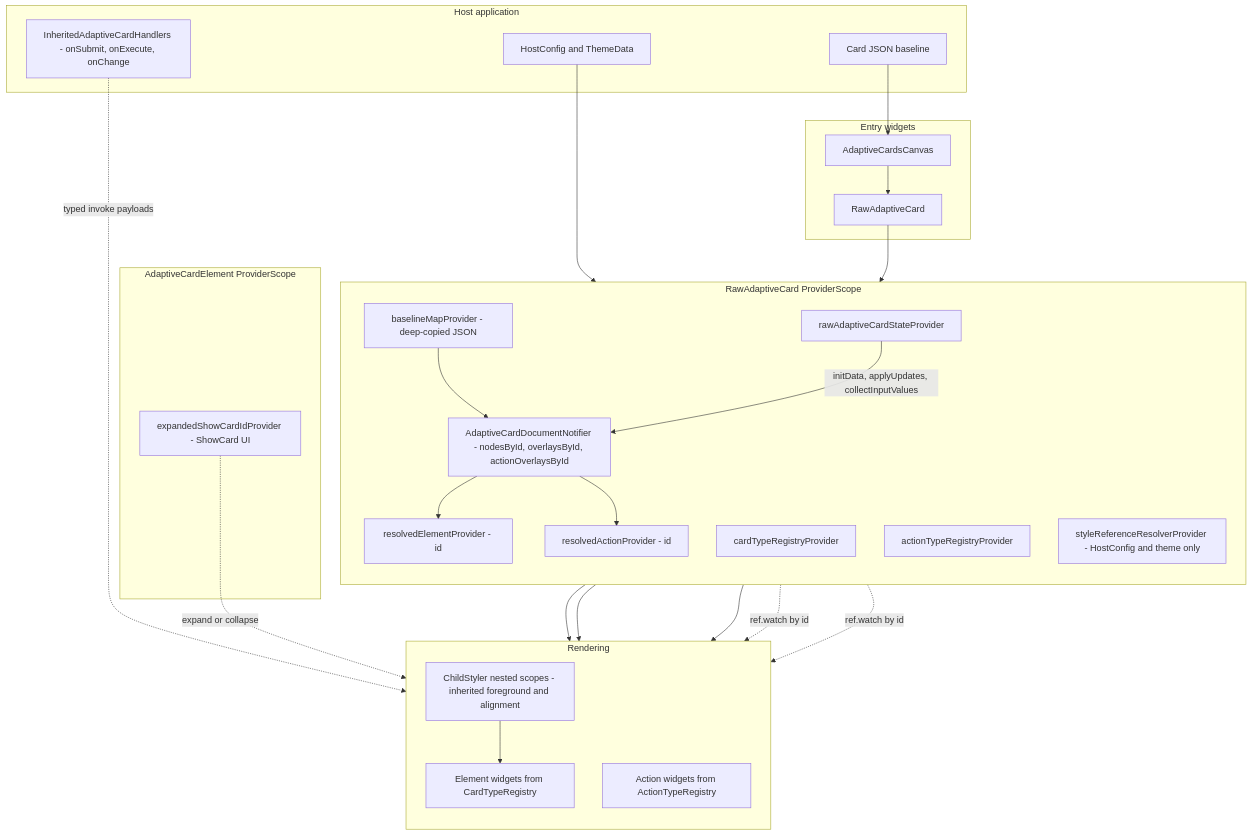
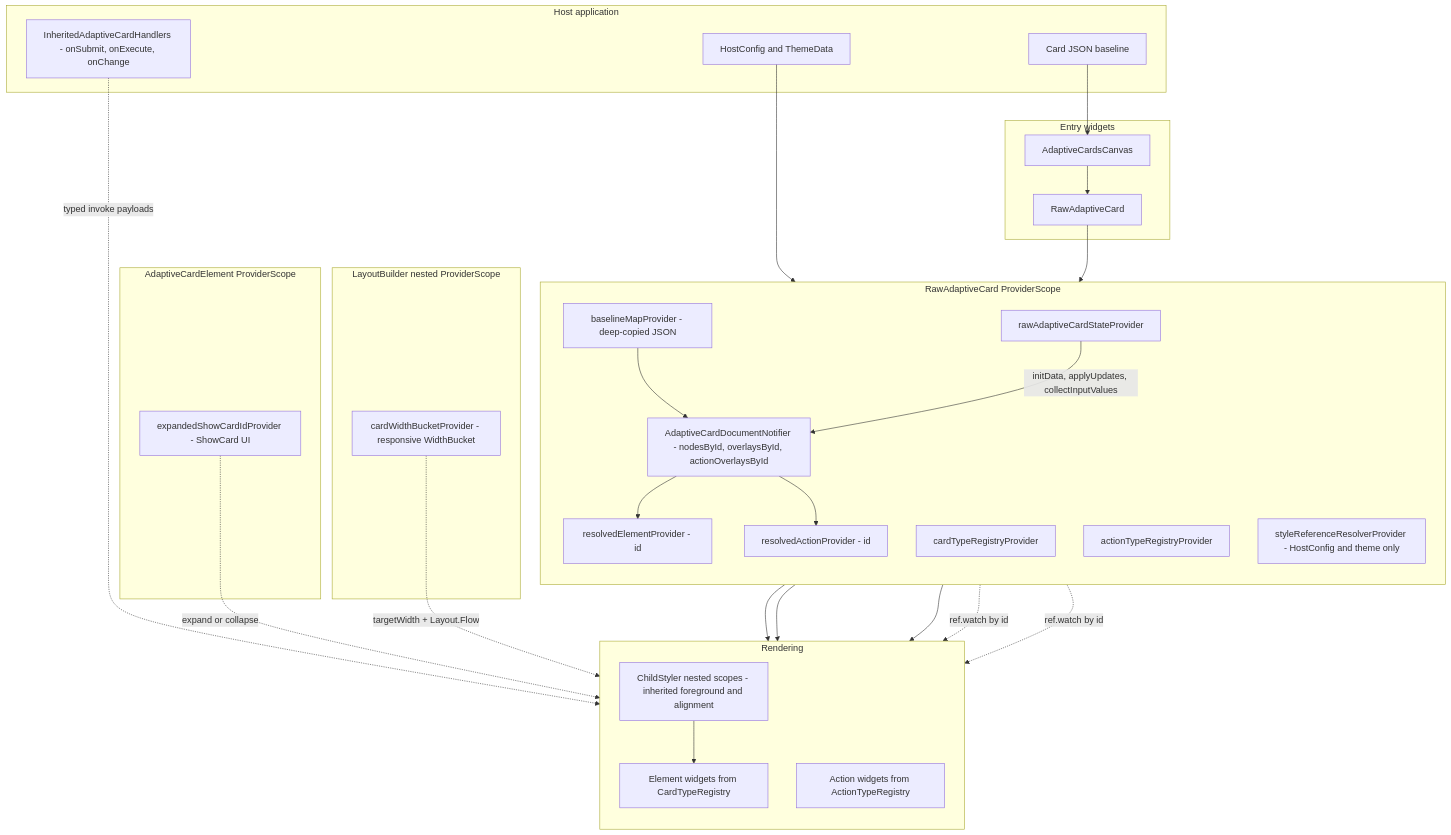
The second of 2 diagrams in docs/Architecture-Overview.md (freemansoft/Flutter-AdaptiveCards), drawn with Mermaid before and after one commit. The commit also changed 12 other files, not shown here.

````diff
--- a/docs/Architecture-Overview.md
+++ b/docs/Architecture-Overview.md
@@ -47,53 +47,58 @@
 ```mermaid
 flowchart TB
   subgraph hostApp["Host application"]
     HJSON["Card JSON baseline"]
     HC["HostConfig and ThemeData"]
     IH["InheritedAdaptiveCardHandlers - onSubmit, onExecute, onChange"]
   end
 
   subgraph entry["Entry widgets"]
     Canvas["AdaptiveCardsCanvas"]
     Raw["RawAdaptiveCard"]
     Canvas --> Raw
   end
 
   subgraph rawScope["RawAdaptiveCard ProviderScope"]
     direction TB
     BL["baselineMapProvider - deep-copied JSON"]
     DOC["AdaptiveCardDocumentNotifier - nodesById, overlaysById, actionOverlaysById"]
     REG["cardTypeRegistryProvider"]
     ACT["actionTypeRegistryProvider"]
     STY["styleReferenceResolverProvider - HostConfig and theme only"]
     RS["rawAdaptiveCardStateProvider"]
     REL["resolvedElementProvider - id"]
     RACT["resolvedActionProvider - id"]
     BL --> DOC
     DOC --> REL
     DOC --> RACT
   end
 
   subgraph elementScope["AdaptiveCardElement ProviderScope"]
     SC["expandedShowCardIdProvider - ShowCard UI"]
   end
 
+  subgraph widthScope["LayoutBuilder nested ProviderScope"]
+    WB["cardWidthBucketProvider - responsive WidthBucket"]
+  end
+
   subgraph render["Rendering"]
     direction TB
     WT["Element widgets from CardTypeRegistry"]
     AW["Action widgets from ActionTypeRegistry"]
     CS["ChildStyler nested scopes - inherited foreground and alignment"]
   end
 
   HJSON --> Canvas
   HC --> STY
   IH -. "typed invoke payloads" .-> AW
   Raw --> BL
   REG --> WT
   ACT --> AW
   STY --> CS
   CS --> WT
   REL -. "ref.watch by id" .-> WT
   RACT -. "ref.watch by id" .-> AW
   RS -->|"initData, applyUpdates, collectInputValues"| DOC
   SC -. "expand or collapse" .-> AW
+  WB -. "targetWidth + Layout.Flow" .-> WT
 ```
````
